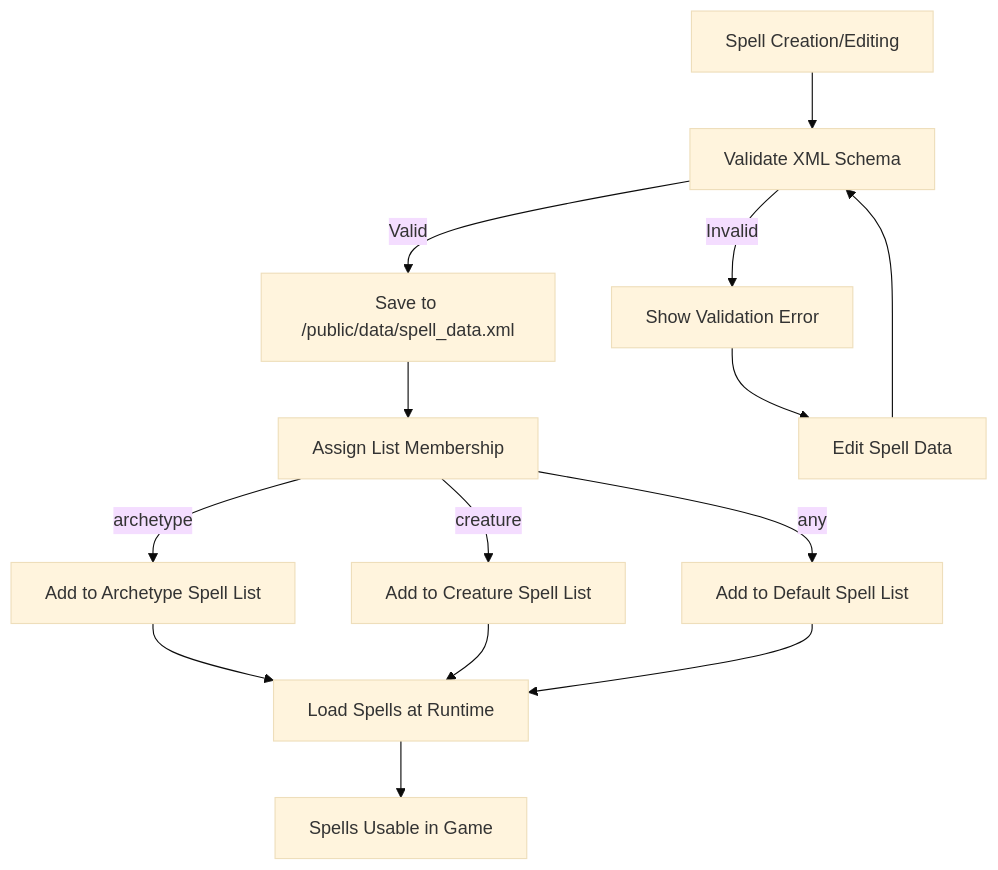
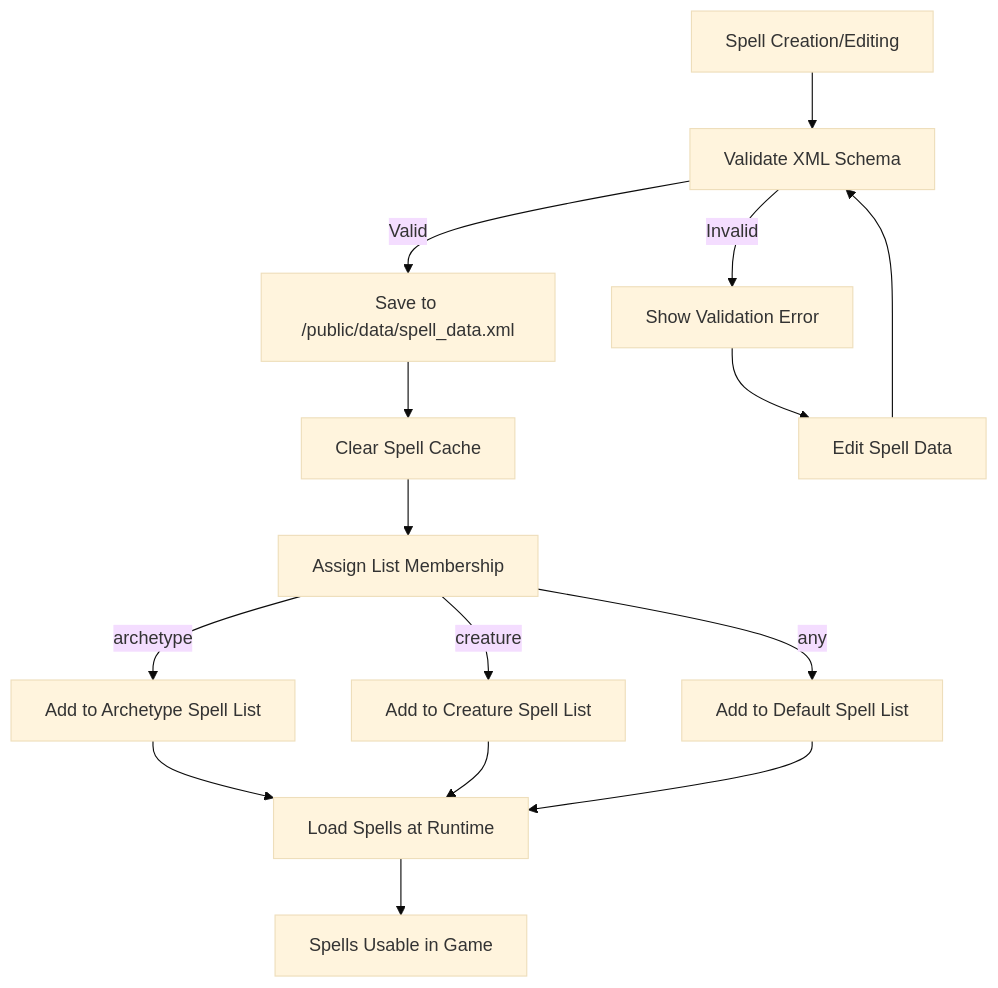
Before and after one commit to magejosh/wizards-choice: diagram 23 of 23 in docs/process_maps.md, drawn with Mermaid (base theme). The commit also changed other lines of this file and 53 other files, not shown here.

````diff
--- a/docs/process_maps.md
+++ b/docs/process_maps.md
@@ -874,16 +874,17 @@
 ```mermaid
 flowchart TD
     Start[Spell Creation/Editing] --> Validate[Validate XML Schema]
     Validate --> |Valid| SaveXML[Save to /public/data/spell_data.xml]
     Validate --> |Invalid| Error[Show Validation Error]
-    SaveXML --> AssignList[Assign List Membership]
+    SaveXML --> ClearCache[Clear Spell Cache]
+    ClearCache --> AssignList[Assign List Membership]
     AssignList --> |archetype| ArchetypeList[Add to Archetype Spell List]
     AssignList --> |creature| CreatureList[Add to Creature Spell List]
     AssignList --> |any| DefaultList[Add to Default Spell List]
     ArchetypeList --> LoadGame[Load Spells at Runtime]
     CreatureList --> LoadGame
     DefaultList --> LoadGame
     LoadGame --> GameUse[Spells Usable in Game]
     Error --> Edit[Edit Spell Data]
     Edit --> Validate
 ```
````
